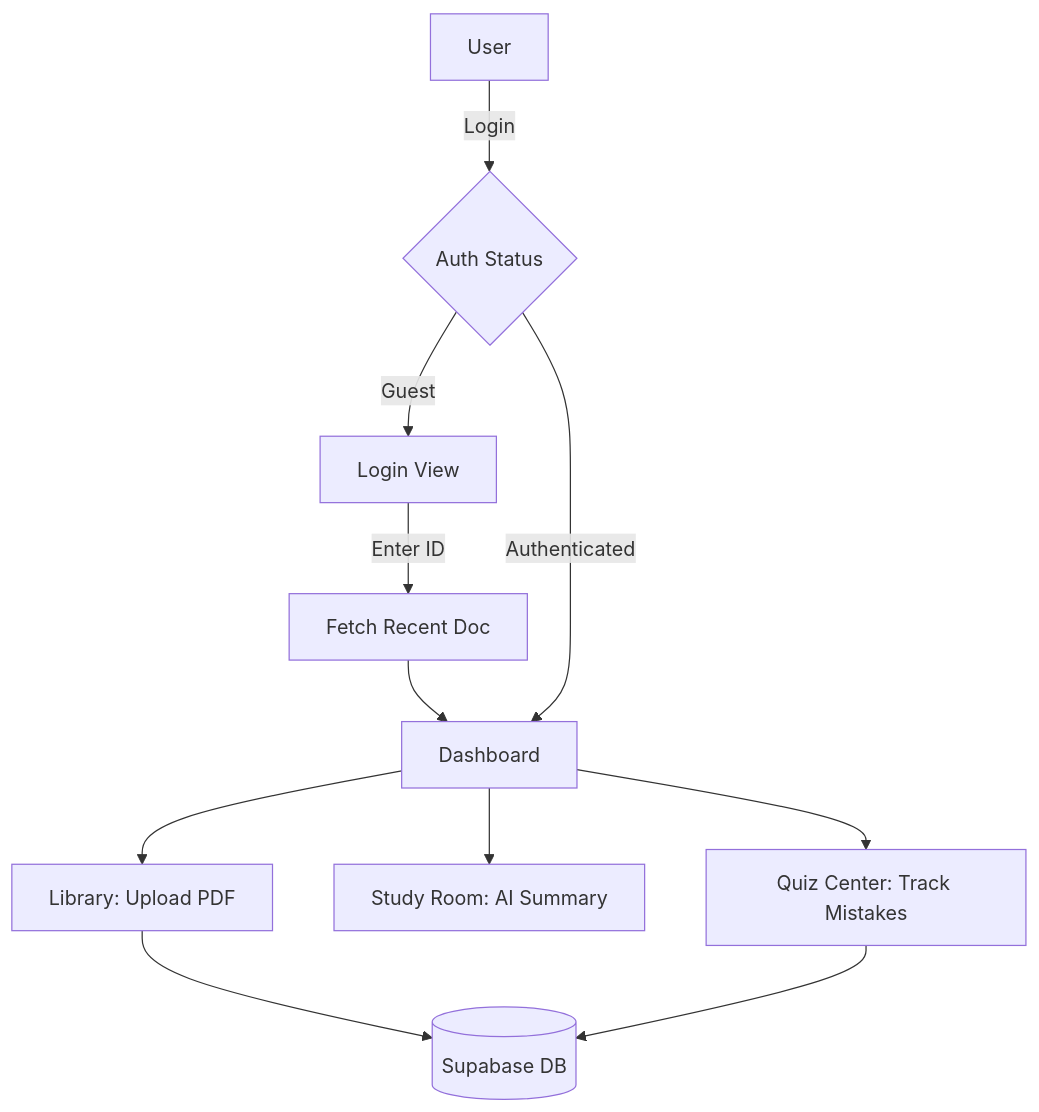
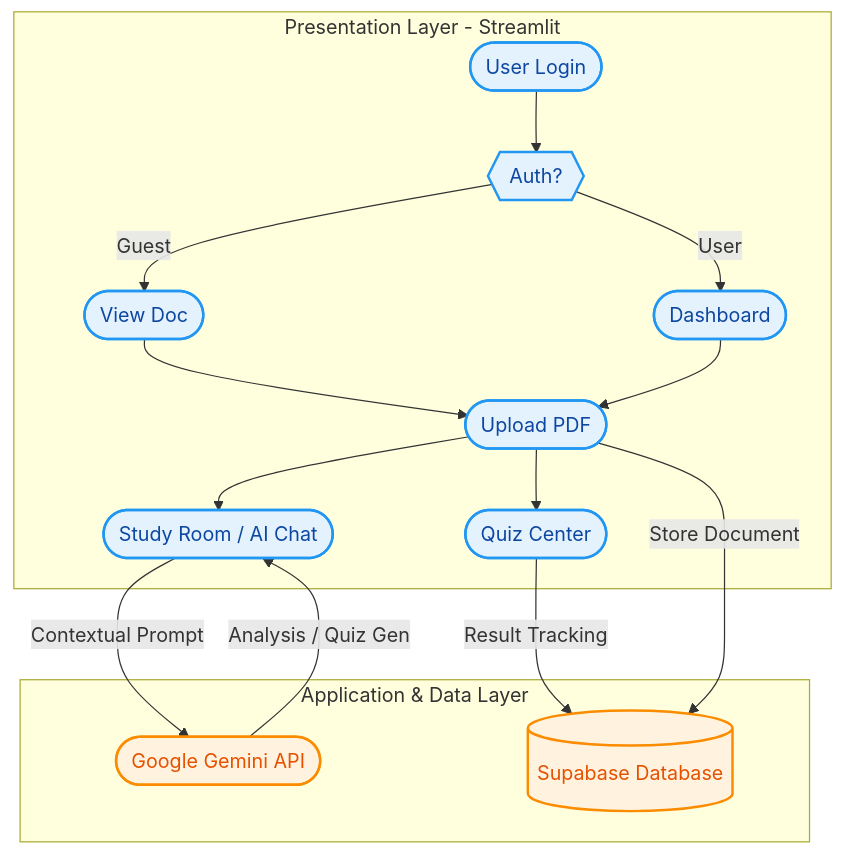
The diagram in README.md (Frin123/AI-Study-Buddy), drawn with Mermaid before and after one commit.

Commit message:
renewed diagram

````diff
--- a/README.md
+++ b/README.md
@@ -26,13 +26,38 @@
 ```mermaid
 flowchart TD
-    A[User] -->|Login| B{Auth Status}
-    B -->|Guest| C[Login View]
-    C -->|Enter ID| D[Fetch Recent Doc]
-    D --> E[Dashboard]
-    B -->|Authenticated| E
-    E --> F[Library: Upload PDF]
-    F --> G[(Supabase DB)]
-    E --> H[Study Room: AI Summary]
-    E --> I[Quiz Center: Track Mistakes]
-    I --> G
+    %% ========================
+    %% Frontend: Presentation Layer
+    %% ========================
+    subgraph Frontend [Presentation Layer - Streamlit]
+        A([User Login]):::frontend --> B{{Auth?}}:::frontend
+        B -->|Guest| C([View Doc]):::frontend
+        B -->|User| D([Dashboard]):::frontend
+        C --> E([Upload PDF]):::frontend
+        D --> E
+        E --> F([Study Room / AI Chat]):::frontend
+        E --> G([Quiz Center]):::frontend
+    end
+
+    %% ========================
+    %% Backend: Application & Data Layer
+    %% ========================
+    subgraph Backend [Application & Data Layer]
+        H([Google Gemini API]):::backend
+        I[(Supabase Database)]:::backend
+    end
+
+    %% ========================
+    %% Connections
+    %% ========================
+    F -->|Contextual Prompt| H
+    G -->|Result Tracking| I
+    E -->|Store Document| I
+    H -->|Analysis / Quiz Gen| F
+
+    %% ========================
+    %% Styling
+    %% ========================
+    classDef frontend fill:#E3F2FD,stroke:#2196F3,stroke-width:2px,color:#0D47A1;
+    classDef backend fill:#FFF3E0,stroke:#FB8C00,stroke-width:2px,color:#E65100;
+    classDef external fill:#F1F8E9,stroke:#8BC34A,stroke-width:2px,color:#33691E;
 ```
````
